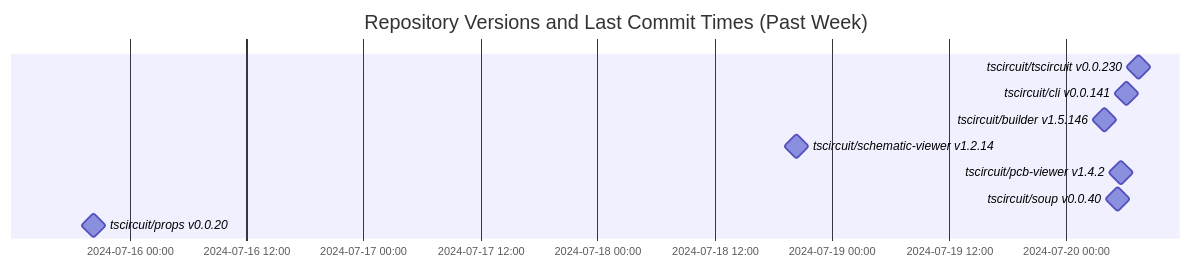
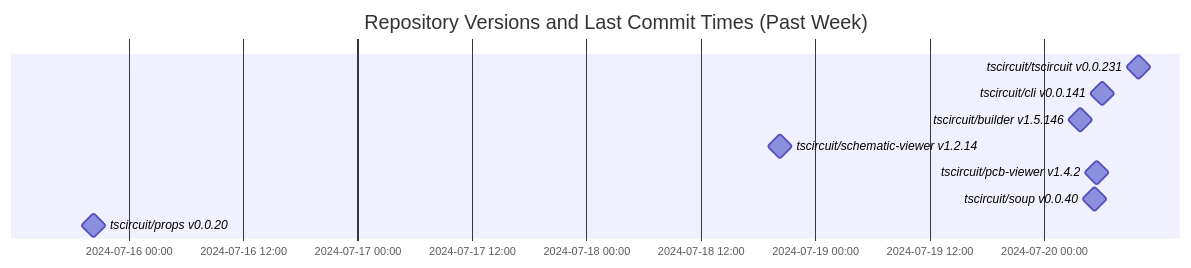
One commit to tscircuit/version-tracker changed the diagram in README.md. Above: the diagram before and after it, drawn with Mermaid.

Commit message:
Update chart

````diff
--- a/README.md
+++ b/README.md
@@ -1,14 +1,14 @@
 ```mermaid
 gantt
   dateFormat  YYYY-MM-DD HH:mm:ss
   title Repository Versions and Last Commit Times (Past Week)
   axisFormat %Y-%m-%d %H:%M
 
-  tscircuit/tscircuit v0.0.230 : milestone, 2024-07-20 07:24:12, 1s
+  tscircuit/tscircuit v0.0.231 : milestone, 2024-07-20 09:56:23, 1s
   tscircuit/cli v0.0.141 : milestone, 2024-07-20 06:06:31, 1s
   tscircuit/builder v1.5.146 : milestone, 2024-07-20 03:52:26, 1s
   tscircuit/schematic-viewer v1.2.14 : milestone, 2024-07-18 20:20:40, 1s
   tscircuit/pcb-viewer v1.4.2 : milestone, 2024-07-20 05:34:23, 1s
   tscircuit/soup v0.0.40 : milestone, 2024-07-20 05:18:19, 1s
   tscircuit/props v0.0.20 : milestone, 2024-07-15 20:19:59, 1s
 ```
````
